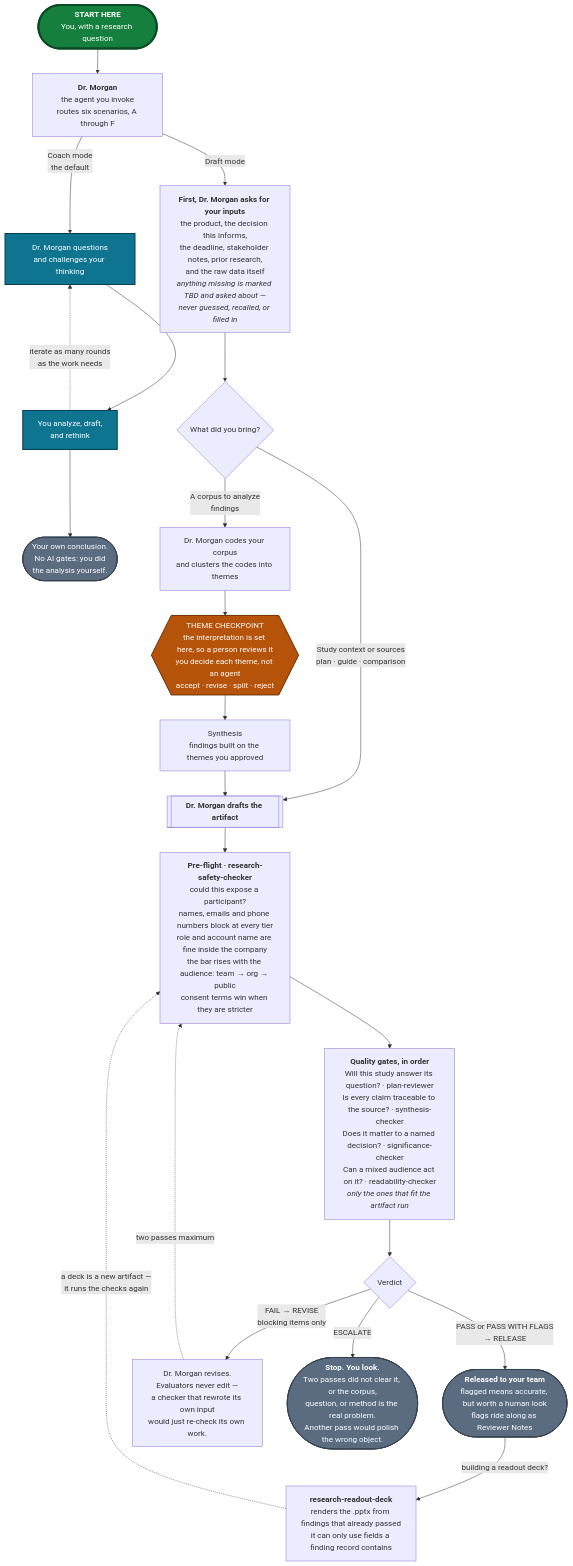
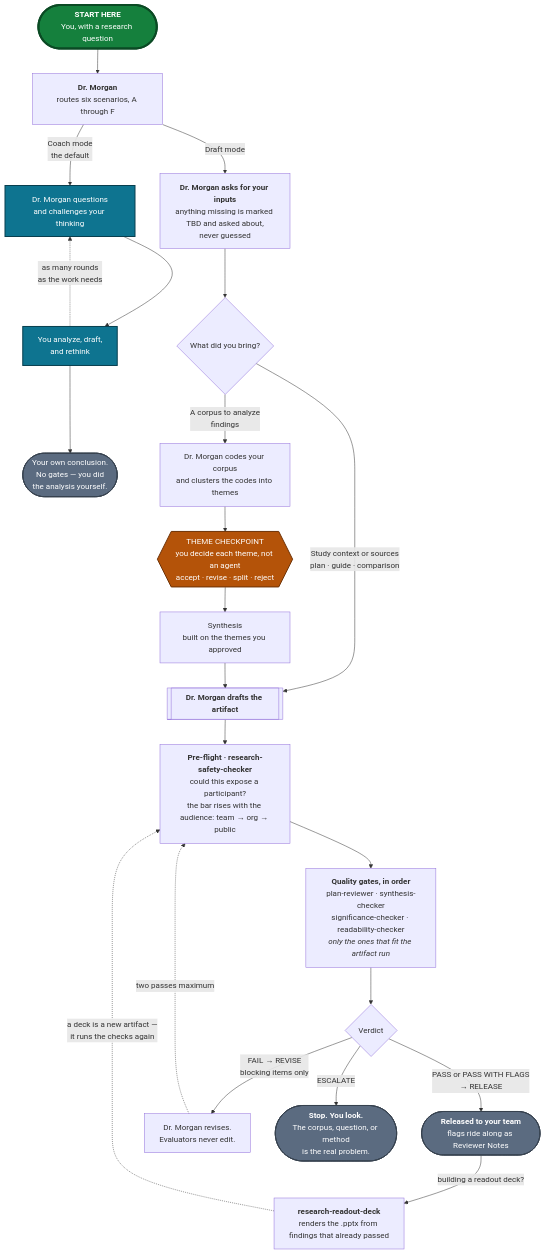
Before and after one commit to kirstenhosic/UX-Research-Skills: the diagram in README.md, drawn with Mermaid. The commit also changed other lines of this file, not shown here.

Commit message:
Thin out the flowchart labels
The shape of the flow was doing the work; the labels were repeating the prose
around them. The pre-flight node restated the whole PII tier rule, the gates node
restated the checker table directly above it, and three nodes carried the design
rationale that "Why you can trust the output" already covers.

Every node and edge is unchanged — this only cuts text inside labels. 2,212
characters of label text down to 1,444, and 76 rendered lines inside boxes down
to 61, so the diagram reads at a glance instead of asking to be studied.

````diff
--- a/README.md
+++ b/README.md
@@ -125,48 +125,48 @@
 ```mermaid
 flowchart TD
     START(["<b>START HERE</b><br/>You, with a research question"])
     START --> DM
 
-    DM["<b>Dr. Morgan</b><br/>the agent you invoke<br/>routes six scenarios, A through F"]
+    DM["<b>Dr. Morgan</b><br/>routes six scenarios, A through F"]
 
     DM -->|"Coach mode<br/>the default"| COACH["Dr. Morgan questions<br/>and challenges your thinking"]
     COACH --> WORK["You analyze, draft,<br/>and rethink"]
-    WORK -.->|"iterate as many rounds<br/>as the work needs"| COACH
-    WORK --> ENDC(["Your own conclusion.<br/>No AI gates: you did<br/>the analysis yourself."])
+    WORK -.->|"as many rounds<br/>as the work needs"| COACH
+    WORK --> ENDC(["Your own conclusion.<br/>No gates — you did<br/>the analysis yourself."])
 
-    DM -->|"Draft mode"| IN["<b>First, Dr. Morgan asks for your inputs</b><br/>the product, the decision this informs,<br/>the deadline, stakeholder notes, prior research,<br/>and the raw data itself<br/><i>anything missing is marked TBD and asked about —<br/>never guessed, recalled, or filled in</i>"]
+    DM -->|"Draft mode"| IN["<b>Dr. Morgan asks for your inputs</b><br/>anything missing is marked TBD and asked about,<br/>never guessed"]
     IN --> Q{"What did you bring?"}
 
     ART[["<b>Dr. Morgan drafts the artifact</b>"]]
     CL["Dr. Morgan codes your corpus<br/>and clusters the codes into themes"]
 
     Q -->|"Study context or sources<br/>plan · guide · comparison"| ART
     Q -->|"A corpus to analyze<br/>findings"| CL
 
-    CL --> TC{{"THEME CHECKPOINT<br/>the interpretation is set here, so a person reviews it<br/>you decide each theme, not an agent<br/>accept · revise · split · reject"}}
-    TC --> SY["Synthesis<br/>findings built on the themes you approved"]
+    CL --> TC{{"THEME CHECKPOINT<br/>you decide each theme, not an agent<br/>accept · revise · split · reject"}}
+    TC --> SY["Synthesis<br/>built on the themes you approved"]
     SY --> ART
 
-    ART --> PF["<b>Pre-flight · research-safety-checker</b><br/>could this expose a participant?<br/>names, emails and phone numbers block at every tier<br/>role and account name are fine inside the company<br/>the bar rises with the audience: team → org → public<br/>consent terms win when they are stricter"]
-    PF --> G["<b>Quality gates, in order</b><br/>Will this study answer its question? · plan-reviewer<br/>Is every claim traceable to the source? · synthesis-checker<br/>Does it matter to a named decision? · significance-checker<br/>Can a mixed audience act on it? · readability-checker<br/><i>only the ones that fit the artifact run</i>"]
+    ART --> PF["<b>Pre-flight · research-safety-checker</b><br/>could this expose a participant?<br/>the bar rises with the audience: team → org → public"]
+    PF --> G["<b>Quality gates, in order</b><br/>plan-reviewer · synthesis-checker<br/>significance-checker · readability-checker<br/><i>only the ones that fit the artifact run</i>"]
     G --> V{"Verdict"}
 
-    V -->|"PASS or PASS WITH FLAGS<br/>→ RELEASE"| ENDR(["<b>Released to your team</b><br/>flagged means accurate, but worth a human look<br/>flags ride along as Reviewer Notes"])
+    V -->|"PASS or PASS WITH FLAGS<br/>→ RELEASE"| ENDR(["<b>Released to your team</b><br/>flags ride along as Reviewer Notes"])
 
-    V -->|"FAIL → REVISE<br/>blocking items only"| RV["Dr. Morgan revises.<br/>Evaluators never edit —<br/>a checker that rewrote its own input<br/>would just re-check its own work."]
+    V -->|"FAIL → REVISE<br/>blocking items only"| RV["Dr. Morgan revises.<br/>Evaluators never edit."]
     RV -.->|"two passes maximum"| PF
 
-    V -->|"ESCALATE"| ENDE(["<b>Stop. You look.</b><br/>Two passes did not clear it, or the corpus,<br/>question, or method is the real problem.<br/>Another pass would polish the wrong object."])
+    V -->|"ESCALATE"| ENDE(["<b>Stop. You look.</b><br/>The corpus, question, or method<br/>is the real problem."])
 
-    ENDR -->|"building a readout deck?"| SK["<b>research-readout-deck</b><br/>renders the .pptx from findings that already passed<br/>it can only use fields a finding record contains"]
+    ENDR -->|"building a readout deck?"| SK["<b>research-readout-deck</b><br/>renders the .pptx from findings that already passed"]
     SK -.->|"a deck is a new artifact —<br/>it runs the checks again"| PF
 
     classDef entry  fill:#15803D,stroke:#0B4A24,stroke-width:4px,color:#FFFFFF
     classDef coach  fill:#0E7490,stroke:#083F4F,stroke-width:2px,color:#FFFFFF
     classDef human  fill:#B45309,stroke:#6E3206,stroke-width:2px,color:#FFFFFF
     classDef ending fill:#5B6B80,stroke:#37424F,stroke-width:2px,color:#FFFFFF
     class START entry
     class COACH,WORK coach
     class TC human
     class ENDC,ENDR,ENDE ending
 ```
````
